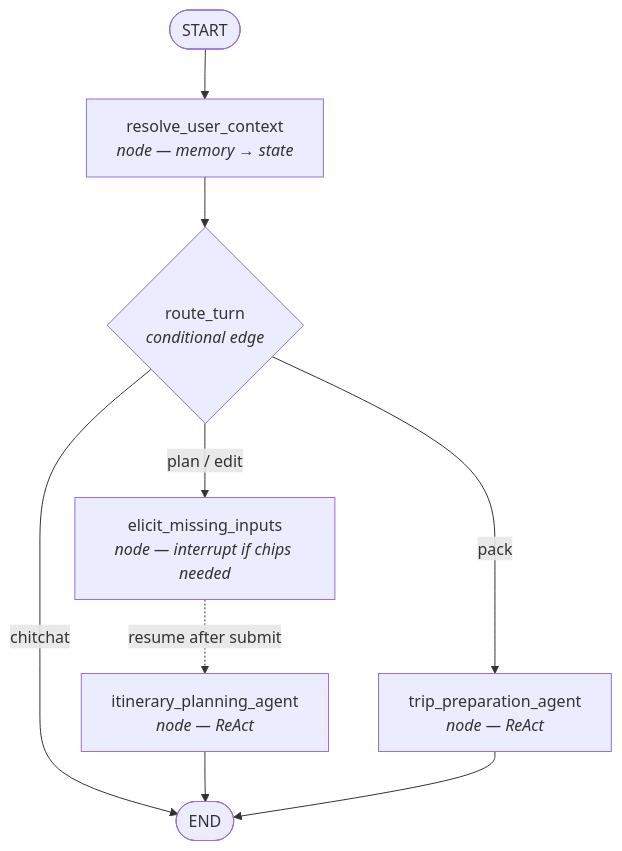
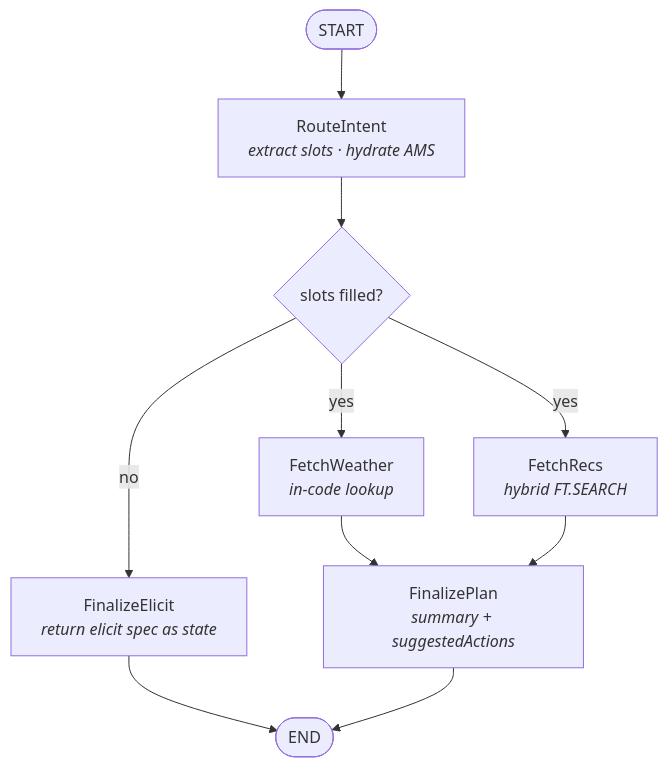
The first of 2 diagrams in docs/diagrams/flowchart.md (booleanhunter/travel-planning-agent-agui-langraph), drawn with Mermaid before and after one commit. The commit also changed other lines of this file and 8 other files, not shown here.

First line of the commit message:
docs(diagrams): realign architecture docs with the single-graph design

````diff
--- a/docs/diagrams/flowchart.md
+++ b/docs/diagrams/flowchart.md
@@ -3,13 +7,12 @@
 ```mermaid
 flowchart TD
-      START([START]) --> RUC[resolve_user_context<br/><i>node — memory → state</i>]
-      RUC --> ROUTE{route_turn<br/><i>conditional edge</i>}
-
-      ROUTE -- plan / edit --> ELI[elicit_missing_inputs<br/><i>node — interrupt if chips needed</i>]
-      ROUTE -- pack --> PKA[trip_preparation_agent<br/><i>node — ReAct</i>]
-      ROUTE -- chitchat --> END([END])
-
-      ELI -. resume after submit .-> PA[itinerary_planning_agent<br/><i>node — ReAct</i>]
-      PA --> END
-      PKA --> END
+      START([START]) --> RI[RouteIntent<br/><i>extract slots · hydrate AMS</i>]
+      RI --> BR{slots filled?}
+      BR -- yes --> FW[FetchWeather<br/><i>in-code lookup</i>]
+      BR -- yes --> FR[FetchRecs<br/><i>hybrid FT.SEARCH</i>]
+      BR -- no --> FE[FinalizeElicit<br/><i>return elicit spec as state</i>]
+      FW --> FP[FinalizePlan<br/><i>summary + suggestedActions</i>]
+      FR --> FP
+      FE --> END([END])
+      FP --> END
 ```
````
